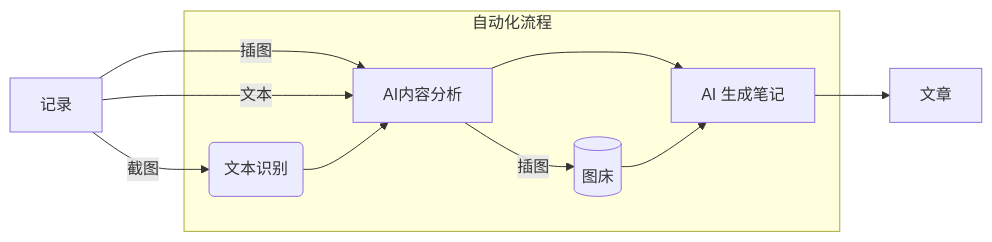
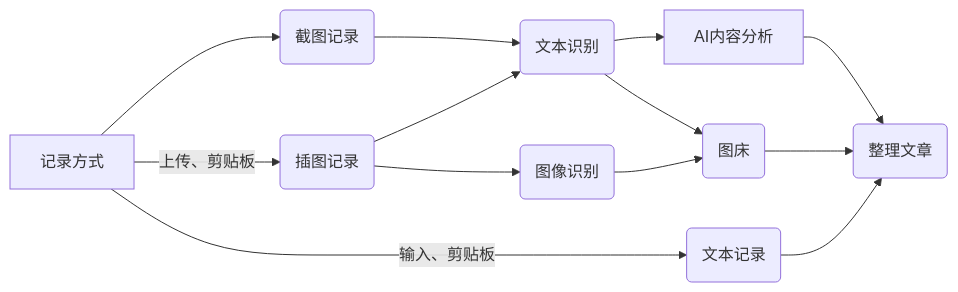
One commit to Ecustkiller/blinko changed the diagram in README.md. Above: the diagram before and after it, drawn with Mermaid. The commit also changed other lines of this file, not shown here.

Commit message:
docs: 📝upload README.md

````diff
--- a/README.md
+++ b/README.md
@@ -59,13 +37,7 @@
 ```mermaid
 flowchart LR
-  Action[记录] --> |截图| OCR(文本识别)
-  Action --> |插图| Desc
-  Action --> |文本| Desc[AI内容分析]
-  subgraph 自动化流程
-  OCR --> Desc[AI内容分析]
-  Desc --> Note[AI 生成笔记]
-  Desc --> |插图| SM.MS[(图床)]
-  SM.MS --> Note
-  end
-  Note --> Article[文章]
+  Action[记录方式] --> Scan(截图记录) --> OCR(文本识别) --> Desc[AI内容分析] --> Gen(整理文章)
+  Action --> |上传、剪贴板|Image(插图记录) --> OCR(文本识别) --> ImageUpload(图床) --> Gen
+  Image --> ImageAI(图像识别) --> ImageUpload(图床)
+  Action --> |输入、剪贴板|Text(文本记录) --> Gen
 ```
````
